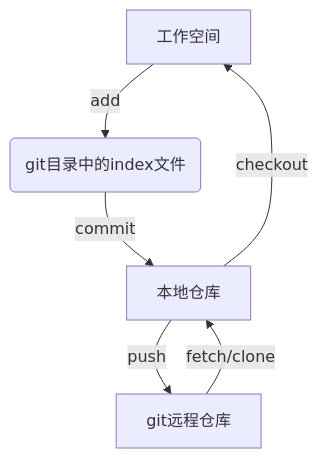
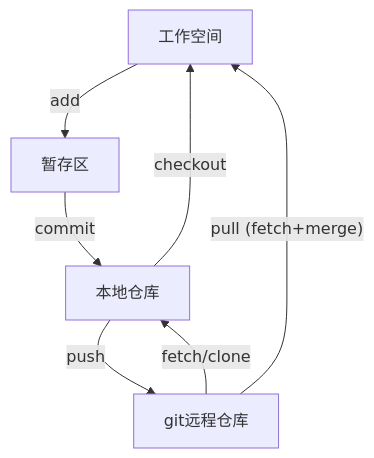
One commit to LeeWenPeng/Study changed the second of 2 diagrams in 软件-版本管理器-Git.md. Above: the diagram before and after it, drawn with Mermaid. The commit also changed other lines of this file and 3 other files, not shown here.

````diff
--- a/软件-版本管理器-Git.md
+++ b/软件-版本管理器-Git.md
@@ -372,7 +171,8 @@
 ```mermaid
 graph TD;
 
-工作空间 --add--> 暂存区(git目录中的index文件) --commit--> 本地仓库 --push--> git远程仓库;
+工作空间 --add--> 暂存区 --commit--> 本地仓库 --push--> git远程仓库;
 本地仓库--checkout-->工作空间
 git远程仓库 --fetch/clone--> 本地仓库;
+git远程仓库 --pull (fetch+merge)--> 工作空间;
 ```
````
